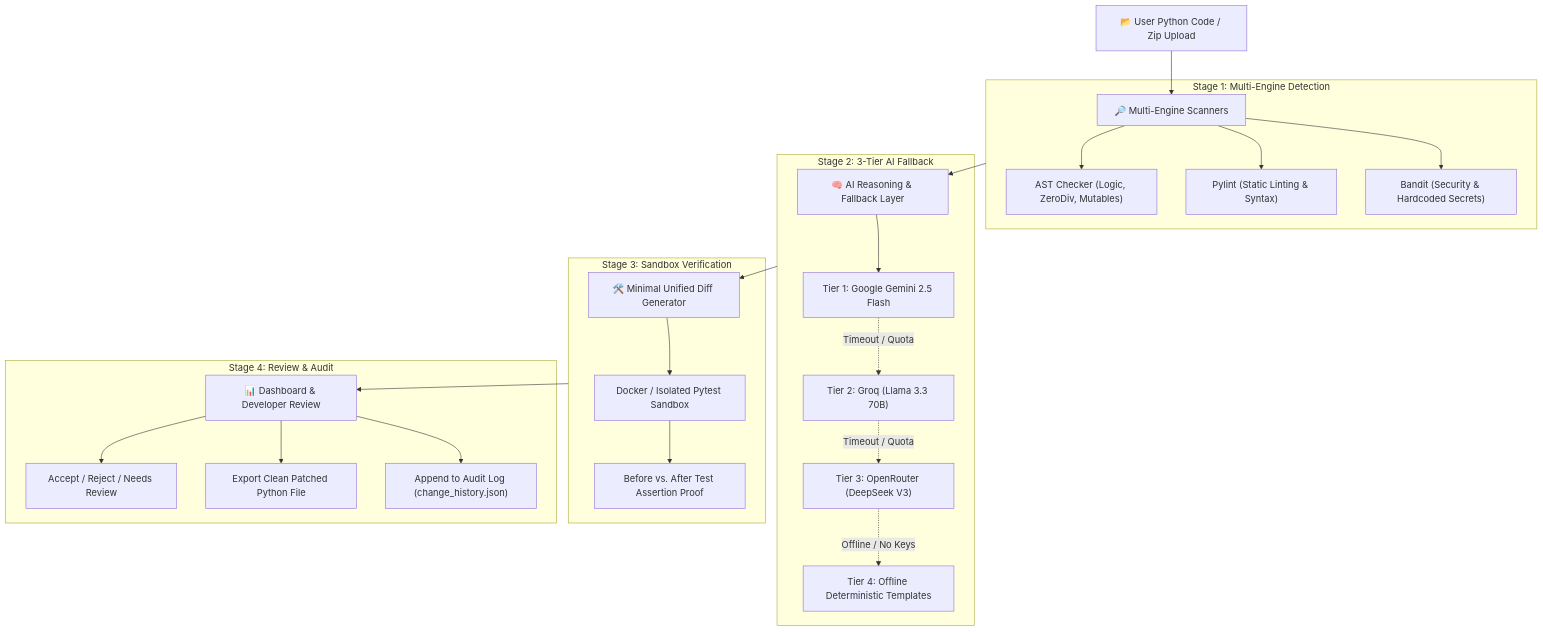
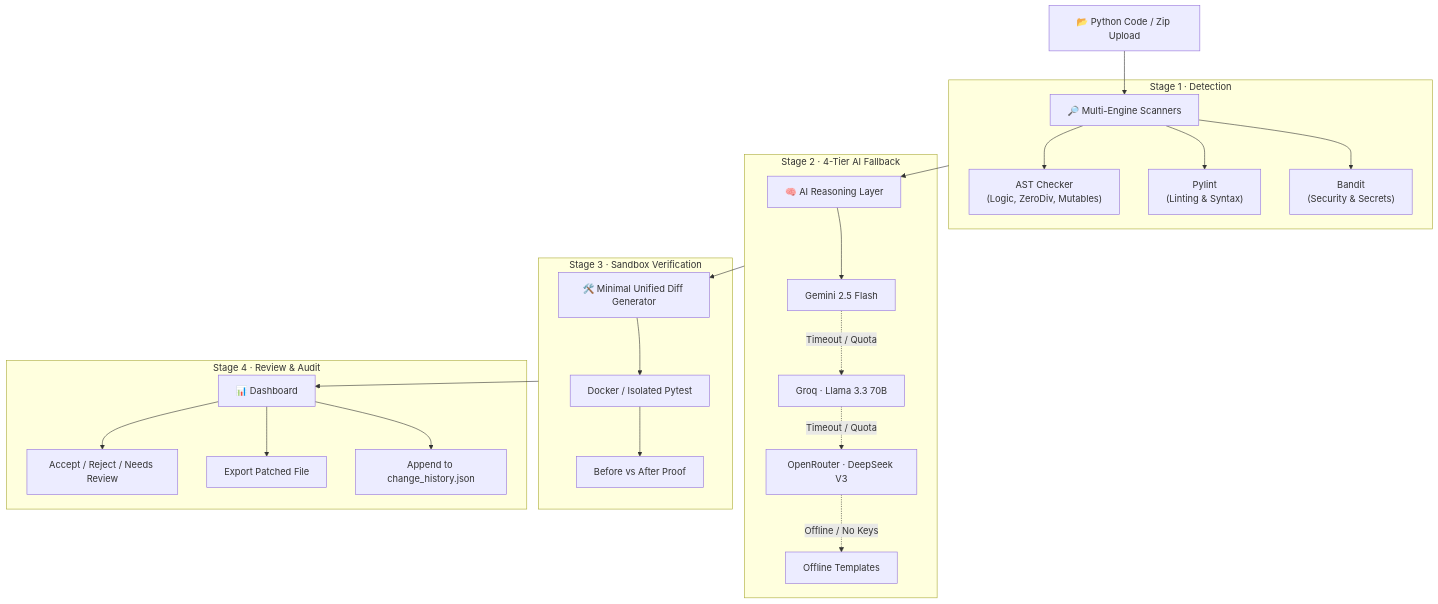
Before and after one commit to Yashwanth-MS/bugsensei: the diagram in README.md, drawn with Mermaid. The commit also changed other lines of this file, not shown here.

````diff
--- a/README.md
+++ b/README.md
@@ -102,34 +139,34 @@
 ```mermaid
 flowchart TD
-    A["📂 User Python Code / Zip Upload"] --> B["🔎 Multi-Engine Scanners"]
-    
-    subgraph Detection["Stage 1: Multi-Engine Detection"]
-        B --> B1["AST Checker (Logic, ZeroDiv, Mutables)"]
-        B --> B2["Pylint (Static Linting & Syntax)"]
-        B --> B3["Bandit (Security & Hardcoded Secrets)"]
+    A["📂 Python Code / Zip Upload"] --> B["🔎 Multi-Engine Scanners"]
+
+    subgraph S1["Stage 1 · Detection"]
+        B --> B1["AST Checker<br/>(Logic, ZeroDiv, Mutables)"]
+        B --> B2["Pylint<br/>(Linting & Syntax)"]
+        B --> B3["Bandit<br/>(Security & Secrets)"]
     end
 
-    Detection --> C["🧠 AI Reasoning & Fallback Layer"]
+    S1 --> C["🧠 AI Reasoning Layer"]
 
-    subgraph Reasoning["Stage 2: 3-Tier AI Fallback"]
-        C --> D1["Tier 1: Google Gemini 2.5 Flash"]
-        D1 -.->|Timeout / Quota| D2["Tier 2: Groq (Llama 3.3 70B)"]
-        D2 -.->|Timeout / Quota| D3["Tier 3: OpenRouter (DeepSeek V3)"]
-        D3 -.->|Offline / No Keys| D4["Tier 4: Offline Deterministic Templates"]
+    subgraph S2["Stage 2 · 4-Tier AI Fallback"]
+        C --> D1["Gemini 2.5 Flash"]
+        D1 -.->|Timeout / Quota| D2["Groq · Llama 3.3 70B"]
+        D2 -.->|Timeout / Quota| D3["OpenRouter · DeepSeek V3"]
+        D3 -.->|Offline / No Keys| D4["Offline Templates"]
     end
 
-    Reasoning --> E["🛠️ Minimal Unified Diff Generator"]
-    
-    subgraph Verification["Stage 3: Sandbox Verification"]
-        E --> F1["Docker / Isolated Pytest Sandbox"]
-        F1 --> F2["Before vs. After Test Assertion Proof"]
+    S2 --> E["🛠️ Minimal Unified Diff Generator"]
+
+    subgraph S3["Stage 3 · Sandbox Verification"]
+        E --> F1["Docker / Isolated Pytest"]
+        F1 --> F2["Before vs After Proof"]
     end
 
-    Verification --> G["📊 Dashboard & Developer Review"]
+    S3 --> G["📊 Dashboard"]
 
-    subgraph Review["Stage 4: Review & Audit"]
+    subgraph S4["Stage 4 · Review & Audit"]
         G --> H1["Accept / Reject / Needs Review"]
-        G --> H2["Export Clean Patched Python File"]
-        G --> H3["Append to Audit Log (change_history.json)"]
+        G --> H2["Export Patched File"]
+        G --> H3["Append to change_history.json"]
     end
 ```
````
